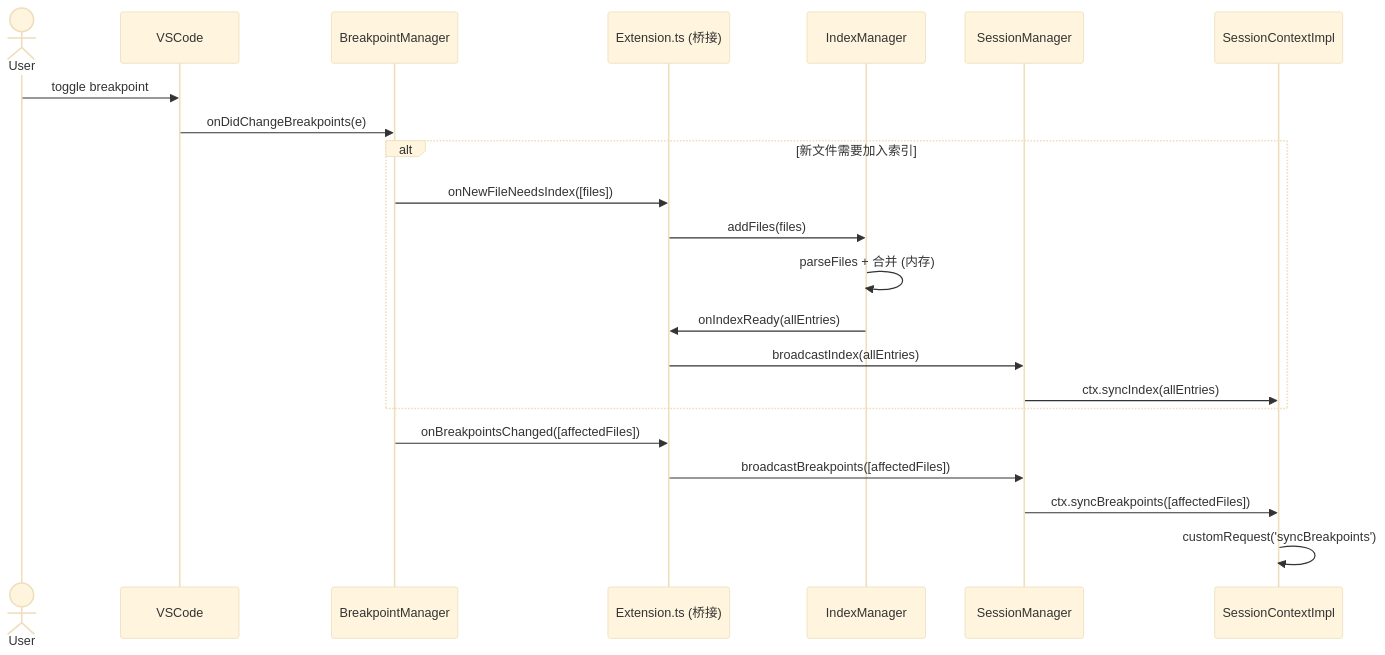
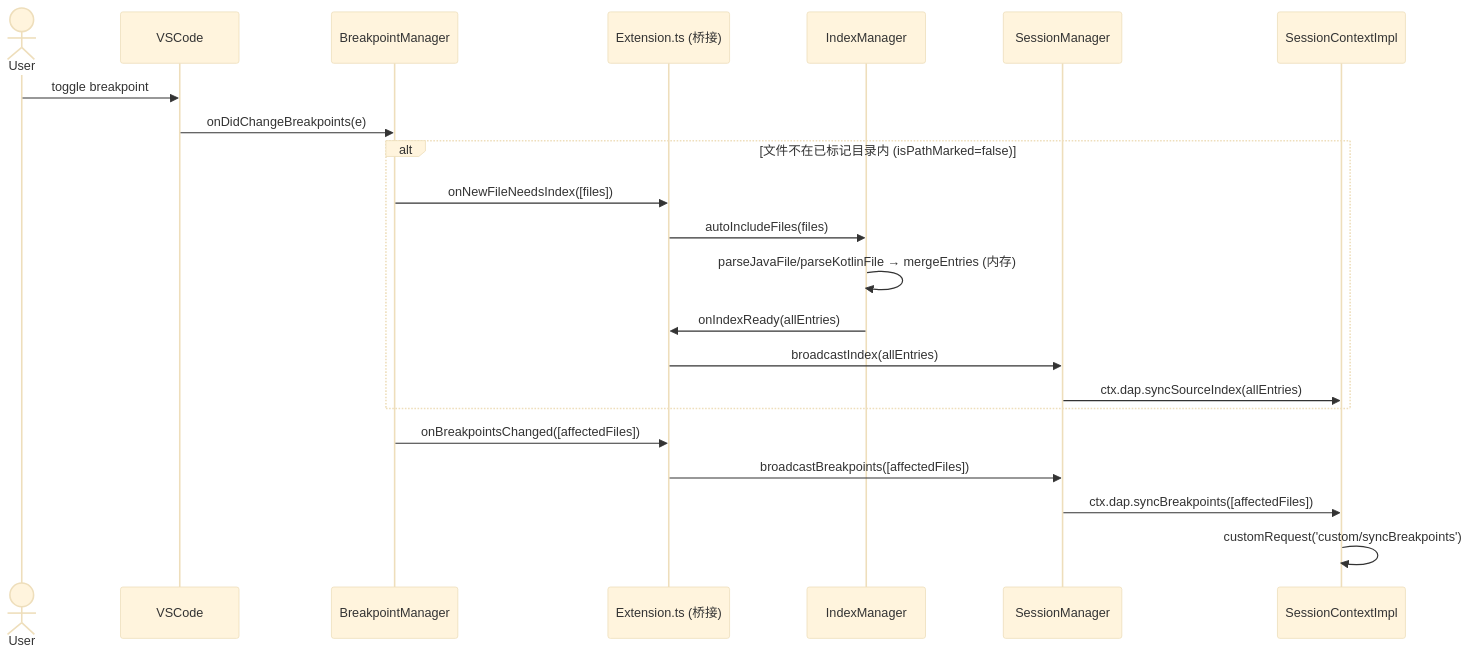
The seventh of 7 diagrams in docs/ARCHITECTURE.md (lx0758/VSCode-Android-Debugger), drawn with Mermaid (base theme) before and after one commit. The commit also changed other lines of this file and 68 other files, not shown here.

````diff
--- a/docs/ARCHITECTURE.md
+++ b/docs/ARCHITECTURE.md
@@ -1197,25 +1024,25 @@
 ```mermaid
 sequenceDiagram
     actor User
     participant VS as VSCode
     participant BPM as BreakpointManager
     participant Ext as Extension.ts (桥接)
     participant IM as IndexManager
     participant SM as SessionManager
     participant SCI as SessionContextImpl
 
     User->>VS: toggle breakpoint
     VS->>BPM: onDidChangeBreakpoints(e)
-    alt 新文件需要加入索引
+    alt 文件不在已标记目录内 (isPathMarked=false)
         BPM->>Ext: onNewFileNeedsIndex([files])
-        Ext->>IM: addFiles(files)
-        IM->>IM: parseFiles + 合并 (内存)
+        Ext->>IM: autoIncludeFiles(files)
+        IM->>IM: parseJavaFile/parseKotlinFile → mergeEntries (内存)
         IM->>Ext: onIndexReady(allEntries)
         Ext->>SM: broadcastIndex(allEntries)
-        SM->>SCI: ctx.syncIndex(allEntries)
+        SM->>SCI: ctx.dap.syncSourceIndex(allEntries)
     end
     BPM->>Ext: onBreakpointsChanged([affectedFiles])
     Ext->>SM: broadcastBreakpoints([affectedFiles])
-    SM->>SCI: ctx.syncBreakpoints([affectedFiles])
-    SCI->>SCI: customRequest('syncBreakpoints')
+    SM->>SCI: ctx.dap.syncBreakpoints([affectedFiles])
+    SCI->>SCI: customRequest('custom/syncBreakpoints')
 ```
````
